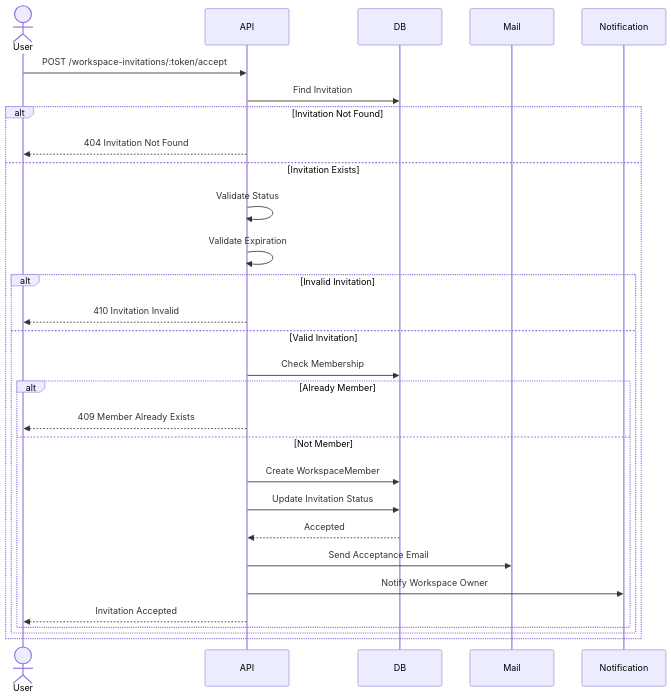
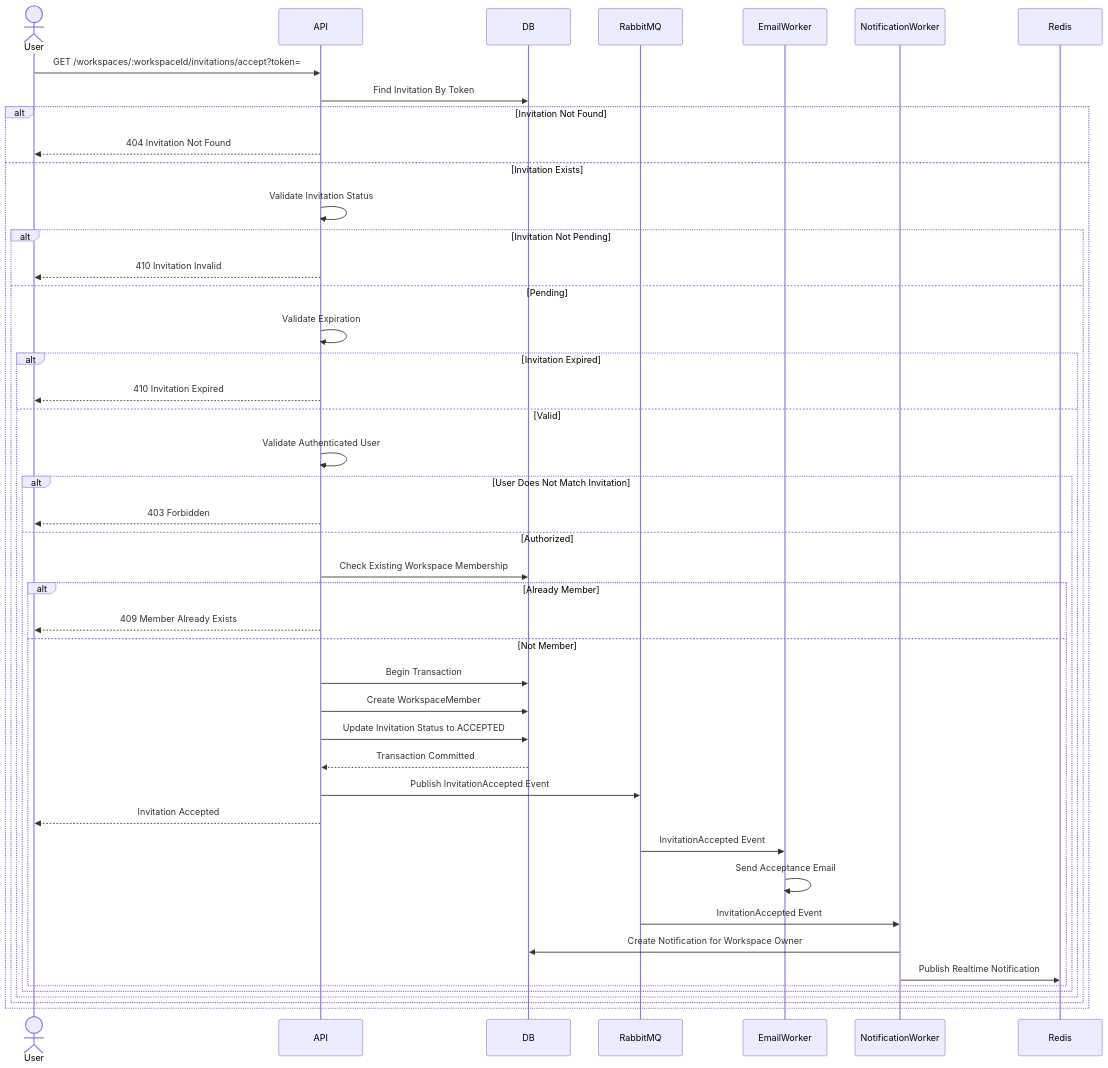
Before and after one commit to datnguyxn/LinkFlow: the fourth of 7 diagrams in docs/architecture/workspace-invitation/WorkspaceInvitation-Sequence.md, drawn with Mermaid. The commit also changed other lines of this file and 3 other files, not shown here.

Commit message:
docs: update architecture and API collections

````diff
--- a/docs/architecture/workspace-invitation/WorkspaceInvitation-Sequence.md
+++ b/docs/architecture/workspace-invitation/WorkspaceInvitation-Sequence.md
@@ -193,55 +231,82 @@
 ```mermaid
 sequenceDiagram
 
     actor User
     participant API
     participant DB
-    participant Mail
-    participant Notification
+    participant RabbitMQ
+    participant EmailWorker
+    participant NotificationWorker
+    participant Redis
 
-    User->>API: POST /workspace-invitations/:token/accept
+    User->>API: GET /workspaces/:workspaceId/invitations/accept?token=
 
-    API->>DB: Find Invitation
+    API->>DB: Find Invitation By Token
 
     alt Invitation Not Found
 
         API-->>User: 404 Invitation Not Found
 
     else Invitation Exists
 
-        API->>API: Validate Status
+        API->>API: Validate Invitation Status
 
-        API->>API: Validate Expiration
-
-        alt Invalid Invitation
+        alt Invitation Not Pending
 
             API-->>User: 410 Invitation Invalid
 
-        else Valid Invitation
+        else Pending
 
-            API->>DB: Check Membership
+            API->>API: Validate Expiration
 
-            alt Already Member
+            alt Invitation Expired
 
-                API-->>User: 409 Member Already Exists
+                API-->>User: 410 Invitation Expired
 
-            else Not Member
+            else Valid
 
-                API->>DB: Create WorkspaceMember
+                API->>API: Validate Authenticated User
 
-                API->>DB: Update Invitation Status
+                alt User Does Not Match Invitation
 
-                DB-->>API: Accepted
+                    API-->>User: 403 Forbidden
 
-                API->>Mail: Send Acceptance Email
+                else Authorized
 
-                API->>Notification: Notify Workspace Owner
+                    API->>DB: Check Existing Workspace Membership
 
-                API-->>User: Invitation Accepted
+                    alt Already Member
+
+                        API-->>User: 409 Member Already Exists
+
+                    else Not Member
+
+                        API->>DB: Begin Transaction
+
+                        API->>DB: Create WorkspaceMember
+
+                        API->>DB: Update Invitation Status to ACCEPTED
+
+                        DB-->>API: Transaction Committed
+
+                        API->>RabbitMQ: Publish InvitationAccepted Event
+
+                        API-->>User: Invitation Accepted
+
+                        RabbitMQ->>EmailWorker: InvitationAccepted Event
+                        EmailWorker->>EmailWorker: Send Acceptance Email
+
+                        RabbitMQ->>NotificationWorker: InvitationAccepted Event
+                        NotificationWorker->>DB: Create Notification for Workspace Owner
+                        NotificationWorker->>Redis: Publish Realtime Notification
+
+                    end
+
+                end
 
             end
 
         end
 
     end
 ```
````
